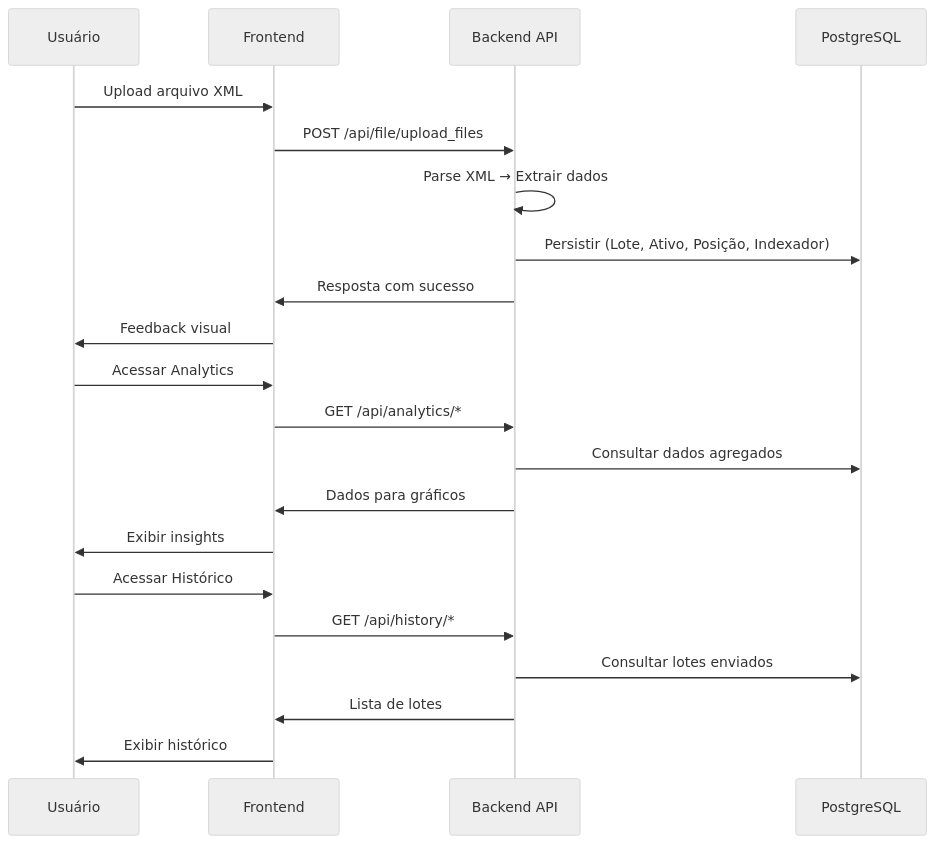
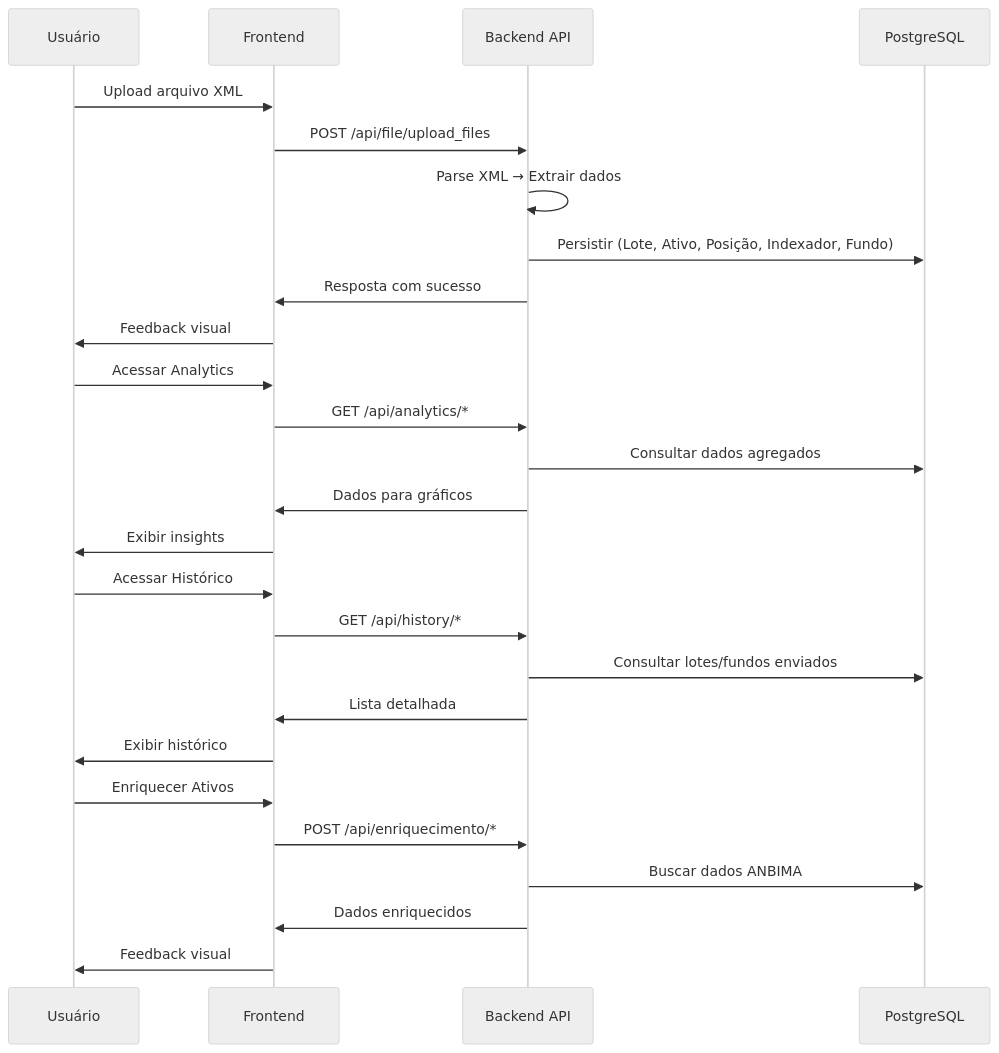
Before and after one commit to lucaspbueno/fundsys_projetct: the diagram in README.md, drawn with Mermaid (neutral theme). The commit also changed other lines of this file, not shown here.

````diff
--- a/README.md
+++ b/README.md
@@ -91,26 +95,32 @@
 ```mermaid
 sequenceDiagram
     participant U as Usuário
     participant F as Frontend
     participant B as Backend API
     participant DB as PostgreSQL
 
     U->>F: Upload arquivo XML
     F->>B: POST /api/file/upload_files
     B->>B: Parse XML → Extrair dados
-    B->>DB: Persistir (Lote, Ativo, Posição, Indexador)
+    B->>DB: Persistir (Lote, Ativo, Posição, Indexador, Fundo)
     B->>F: Resposta com sucesso
     F->>U: Feedback visual
     
     U->>F: Acessar Analytics
     F->>B: GET /api/analytics/*
     B->>DB: Consultar dados agregados
     B->>F: Dados para gráficos
     F->>U: Exibir insights
     
     U->>F: Acessar Histórico
     F->>B: GET /api/history/*
-    B->>DB: Consultar lotes enviados
-    B->>F: Lista de lotes
+    B->>DB: Consultar lotes/fundos enviados
+    B->>F: Lista detalhada
     F->>U: Exibir histórico
+    
+    U->>F: Enriquecer Ativos
+    F->>B: POST /api/enriquecimento/*
+    B->>DB: Buscar dados ANBIMA
+    B->>F: Dados enriquecidos
+    F->>U: Feedback visual
 ```
````
